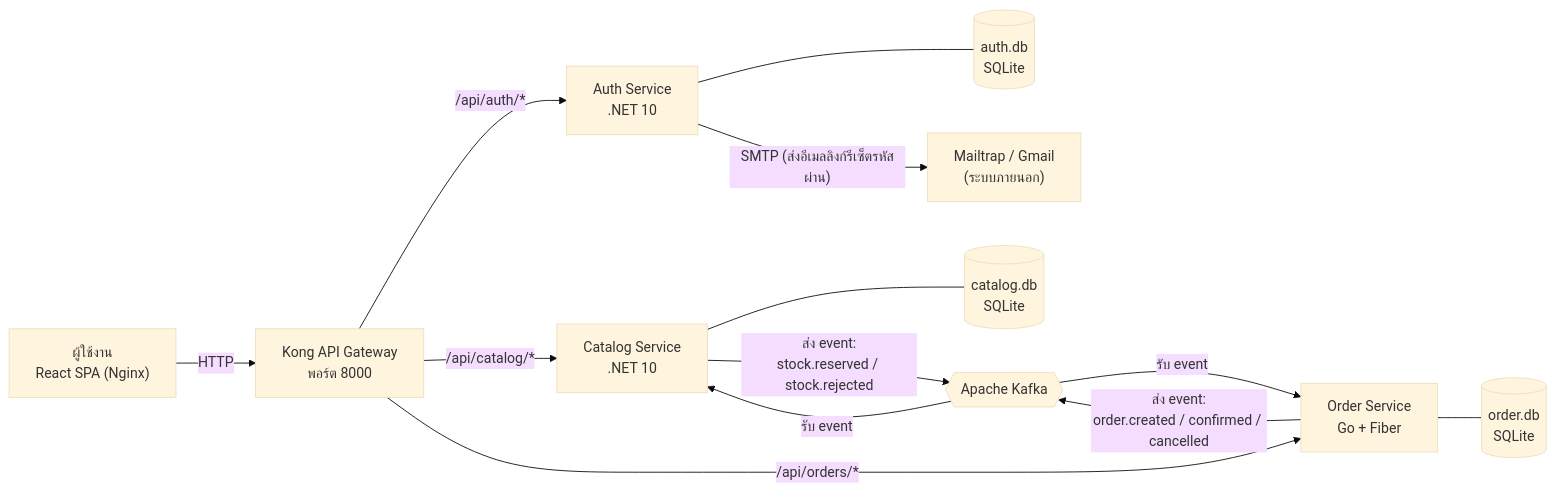
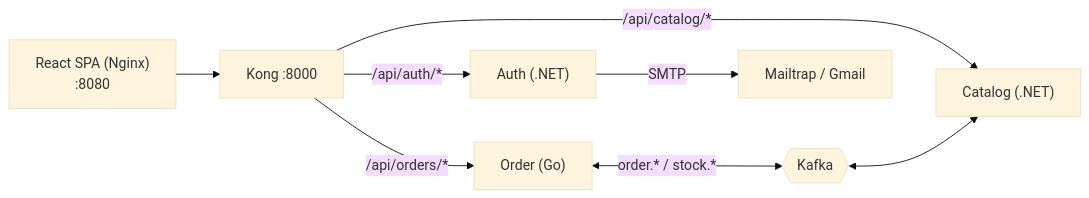
Before and after one commit to kitsada8621/distributed-product-management: the diagram in README.md, drawn with Mermaid (base theme). The commit also changed other lines of this file and 2 other files, not shown here.

First line of the commit message:
Docs: Rewrite README and add ER and sequence diagrams

````diff
--- a/README.md
+++ b/README.md
@@ -26,19 +176,10 @@
 ```mermaid
 flowchart LR
-    C["ผู้ใช้งาน<br/>React SPA (Nginx)"] -->|"HTTP"| K["Kong API Gateway<br/>พอร์ต 8000"]
-
-    K -->|"/api/auth/*"| A["Auth Service<br/>.NET 10"]
-    K -->|"/api/catalog/*"| CT["Catalog Service<br/>.NET 10"]
-    K -->|"/api/orders/*"| O["Order Service<br/>Go + Fiber"]
-
-    A --- ADB[("auth.db<br/>SQLite")]
-    CT --- CDB[("catalog.db<br/>SQLite")]
-    O --- ODB[("order.db<br/>SQLite")]
-
-    O -- "ส่ง event:<br/>order.created / confirmed / cancelled" --> KF{{"Apache Kafka"}}
-    KF -- "รับ event" --> CT
-    CT -- "ส่ง event:<br/>stock.reserved / stock.rejected" --> KF
-    KF -- "รับ event" --> O
-
-    A -->|"SMTP (ส่งอีเมลลิงก์รีเซ็ตรหัสผ่าน)"| M["Mailtrap / Gmail<br/>(ระบบภายนอก)"]
+    C["React SPA (Nginx)<br/>:8080"] --> K["Kong :8000"]
+    K -->|"/api/auth/*"| A["Auth (.NET)"]
+    K -->|"/api/catalog/*"| CT["Catalog (.NET)"]
+    K -->|"/api/orders/*"| O["Order (Go)"]
+    O <-->|"order.* / stock.*"| KF{{"Kafka"}}
+    KF <--> CT
+    A -->|"SMTP"| M["Mailtrap / Gmail"]
 ```
````
